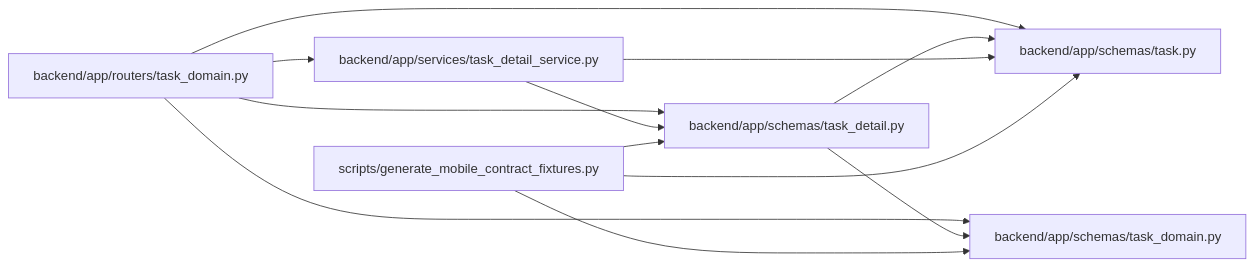
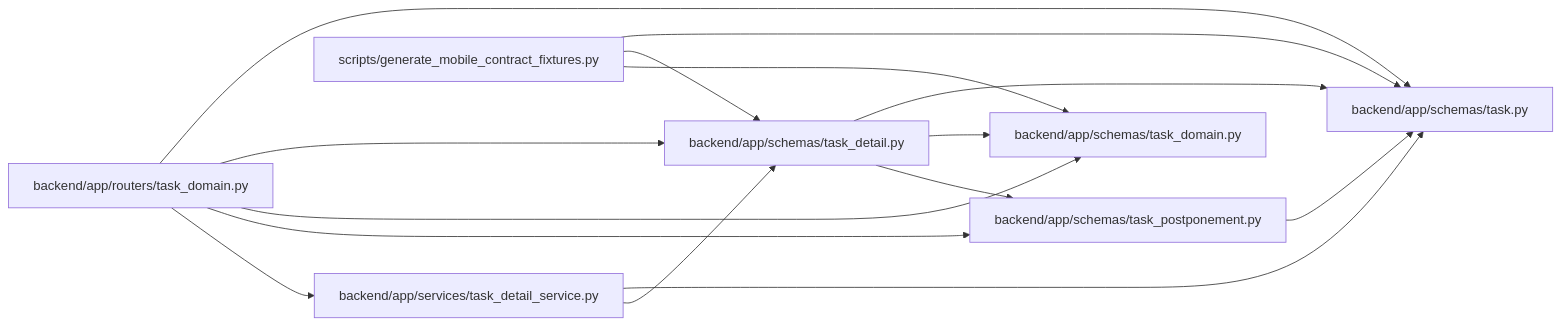
One commit to Denissvgn/WorkChord changed the diagram in docs/llm_wiki/modules/task_detail.md. Above: the diagram before and after it, drawn with Mermaid. The commit also changed other lines of this file and 873 other files, not shown here.

Commit message:
Sync the architectural wiki for automatic reactivation of postponed tasks

````diff
--- a/docs/llm_wiki/modules/task_detail.md
+++ b/docs/llm_wiki/modules/task_detail.md
@@ -21,26 +22,31 @@
 ```mermaid
 flowchart LR
     n0["backend/app/routers/task_domain.py"]
     n1["backend/app/schemas/task.py"]
     n2["backend/app/schemas/task_detail.py"]
     n3["backend/app/schemas/task_domain.py"]
-    n4["backend/app/services/task_detail_service.py"]
-    n5["scripts/generate_mobile_contract_fixtures.py"]
+    n4["backend/app/schemas/task_postponement.py"]
+    n5["backend/app/services/task_detail_service.py"]
+    n6["scripts/generate_mobile_contract_fixtures.py"]
     n0 --> n1
     n0 --> n2
     n0 --> n3
     n0 --> n4
+    n0 --> n5
     n2 --> n1
     n2 --> n3
+    n2 --> n4
     n4 --> n1
-    n4 --> n2
     n5 --> n1
     n5 --> n2
-    n5 --> n3
+    n6 --> n1
+    n6 --> n2
+    n6 --> n3
     click n0 "../modules/routers_task_domain.md"
     click n1 "../modules/schemas_task.md"
     click n2 "../modules/task_detail.md"
     click n3 "../modules/schemas_task_domain.md"
-    click n4 "../modules/task_detail_service.md"
-    click n5 "../modules/generate_mobile_contract_fixtures.md"
+    click n4 "../modules/schemas_task_postponement.md"
+    click n5 "../modules/task_detail_service.md"
+    click n6 "../modules/generate_mobile_contract_fixtures.md"
 ```
````
